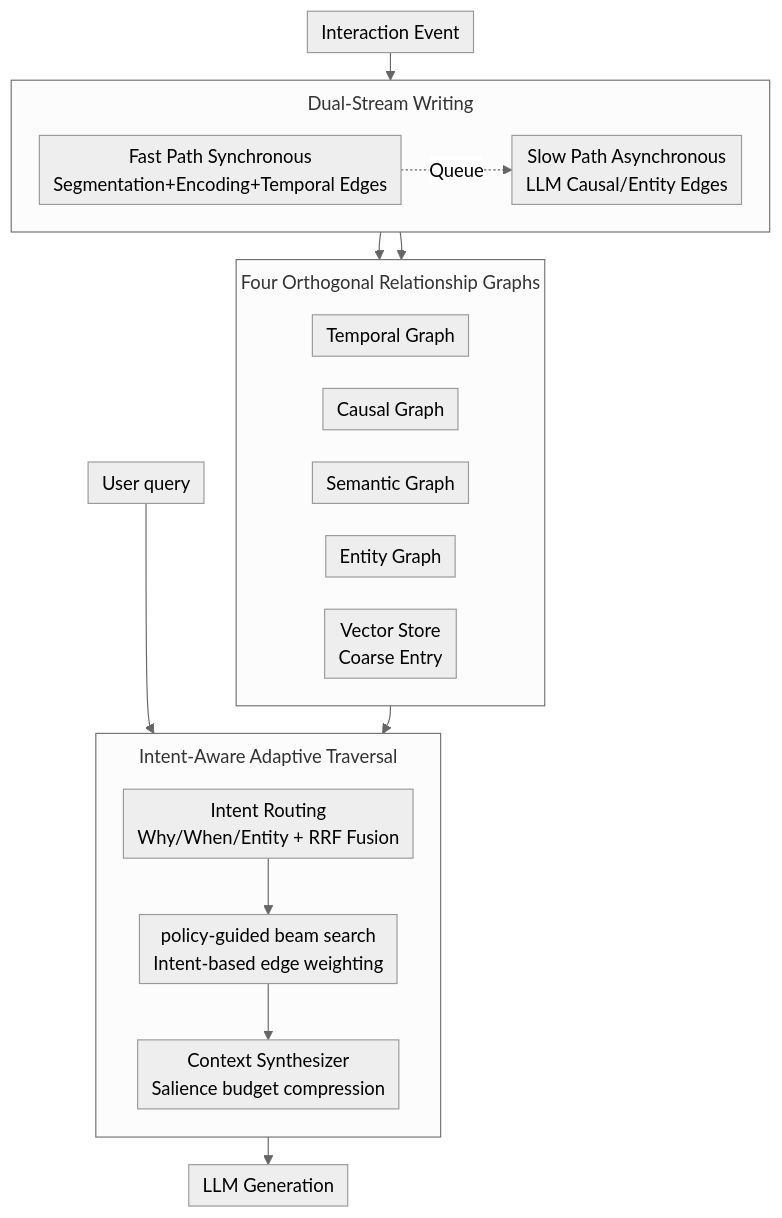
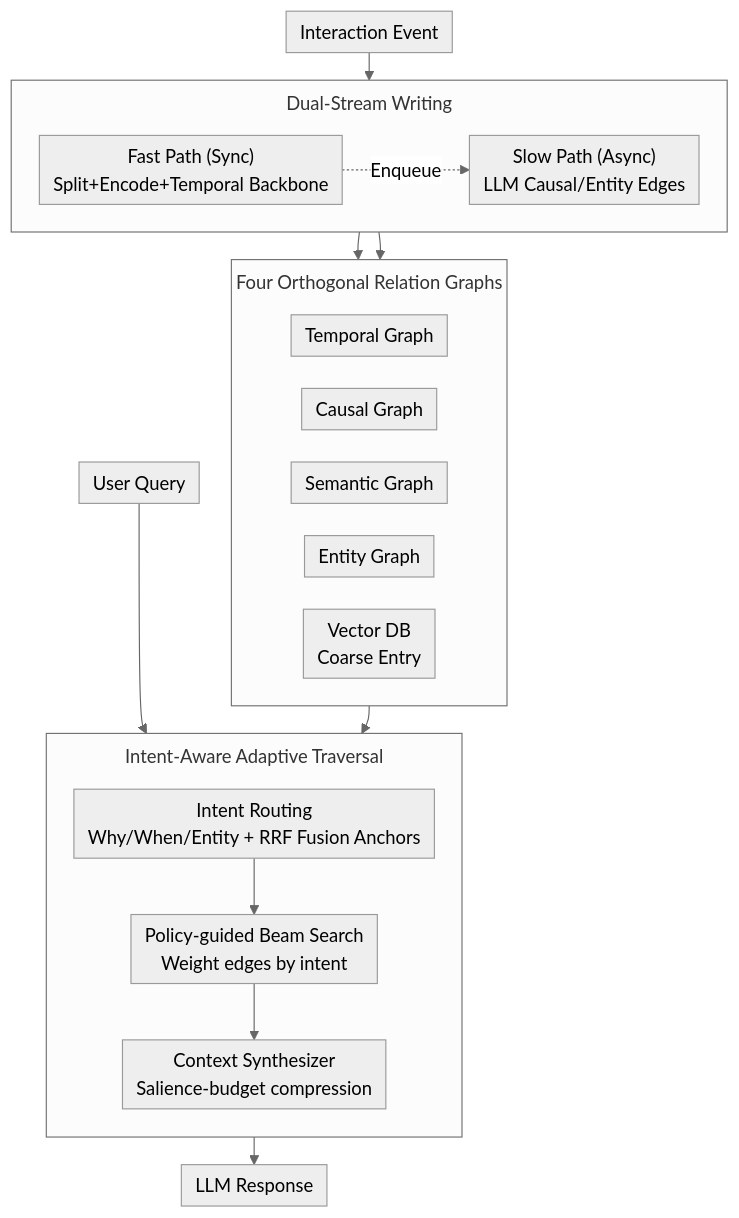
One commit to zhaoyang97/Paper-Notes-en changed the diagram in docs/ACL2026/llm_agent/magma_a_multi-graph_based_agentic_memory_architecture_for_ai_agents.md. Above: the diagram before and after it, drawn with Mermaid (neutral theme). The commit also changed other lines of this file and 5084 other files, not shown here.

````diff
--- a/docs/ACL2026/llm_agent/magma_a_multi-graph_based_agentic_memory_architecture_for_ai_agents.md
+++ b/docs/ACL2026/llm_agent/magma_a_multi-graph_based_agentic_memory_architecture_for_ai_agents.md
@@ -45,27 +45,27 @@
 ```mermaid
 %%{init: {'flowchart': {'rankSpacing': 24, 'nodeSpacing': 28, 'padding': 6, 'wrappingWidth': 400, 'subGraphTitleMargin': {'top': 8, 'bottom': 16}}}}%%
 flowchart TD
-    subgraph STORE["Four Orthogonal Relationship Graphs"]
+    subgraph STORE["Four Orthogonal Relation Graphs"]
         direction LR
         TG["Temporal Graph"]
         CG["Causal Graph"]
         SG["Semantic Graph"]
         EG["Entity Graph"]
-        VEC["Vector Store<br/>Coarse Entry"]
+        VEC["Vector DB<br/>Coarse Entry"]
     end
-    Q["User query"] --> RT
+    Q["User Query"] --> RT
     subgraph READ["Intent-Aware Adaptive Traversal"]
         direction TB
-        RT["Intent Routing<br/>Why/When/Entity + RRF Fusion"] --> BEAM["policy-guided beam search<br/>Intent-based edge weighting"]
-        BEAM --> CS["Context Synthesizer<br/>Salience budget compression"]
+        RT["Intent Routing<br/>Why/When/Entity + RRF Fusion Anchors"] --> BEAM["Policy-guided Beam Search<br/>Weight edges by intent"]
+        BEAM --> CS["Context Synthesizer<br/>Salience-budget compression"]
     end
     STORE --> BEAM
-    CS --> OUT["LLM Generation"]
+    CS --> OUT["LLM Response"]
     EV["Interaction Event"] --> FAST
     subgraph WRITE["Dual-Stream Writing"]
         direction LR
-        FAST["Fast Path Synchronous<br/>Segmentation+Encoding+Temporal Edges"] -.Queue.-> SLOW["Slow Path Asynchronous<br/>LLM Causal/Entity Edges"]
+        FAST["Fast Path (Sync)<br/>Split+Encode+Temporal Backbone"] -.Enqueue.-> SLOW["Slow Path (Async)<br/>LLM Causal/Entity Edges"]
     end
     FAST --> STORE
     SLOW --> STORE
 ```
````
